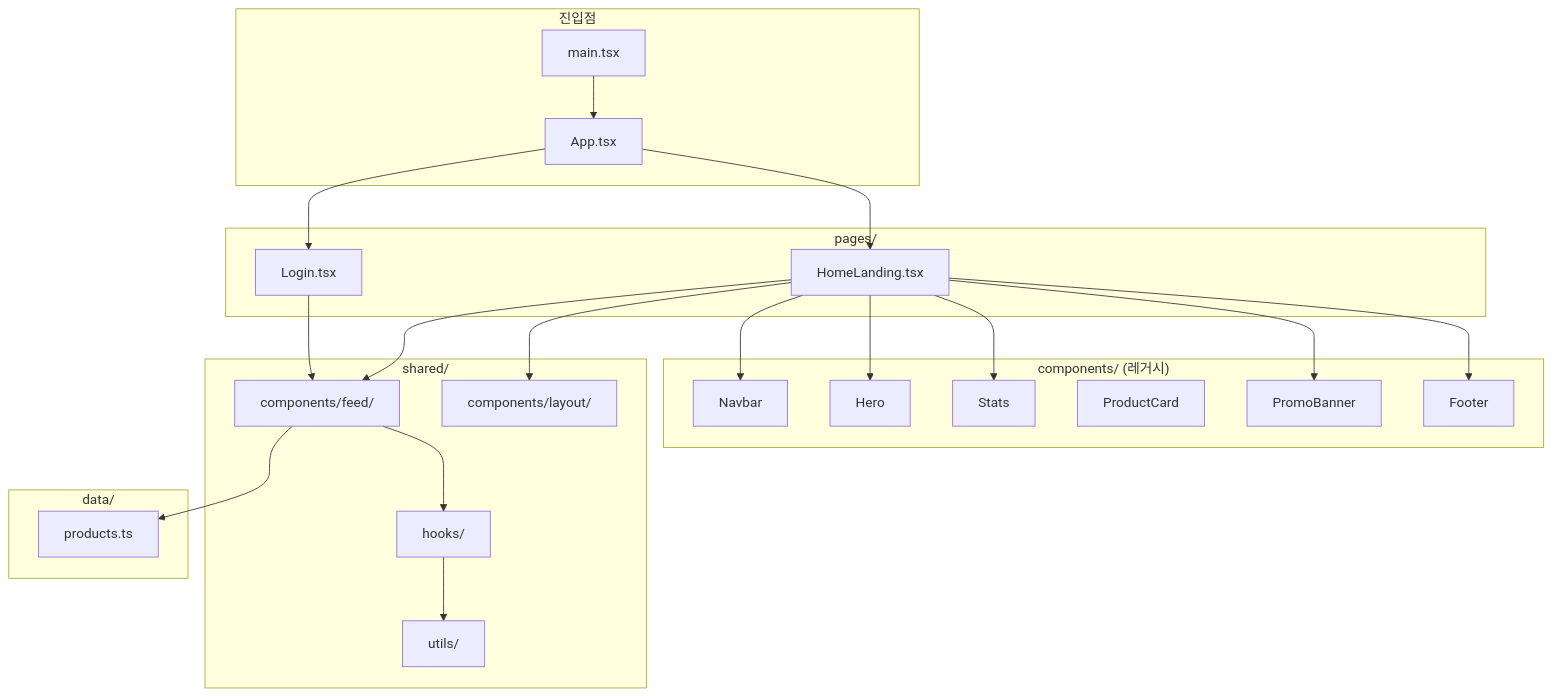
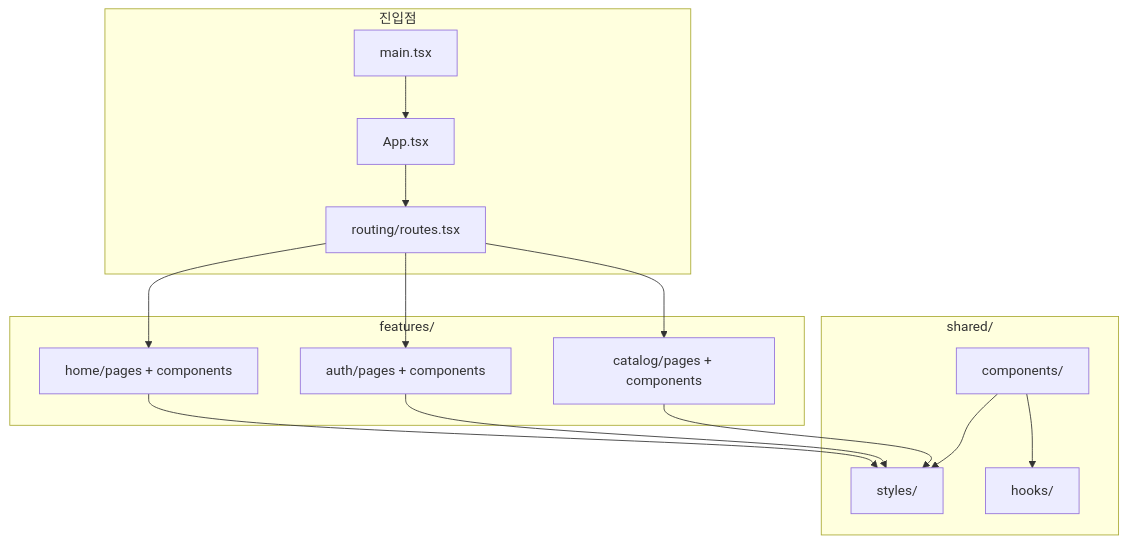
The second of 3 diagrams in README.md (zyansuh/bitdam), drawn with Mermaid before and after one commit. The commit also changed other lines of this file, not shown here.

First line of the commit message:
docs(readme): document catalog pages and Kakao login

````diff
--- a/README.md
+++ b/README.md
@@ -147,37 +180,26 @@
 ```mermaid
 flowchart TB
     subgraph Entry["진입점"]
         MAIN[main.tsx]
         APP[App.tsx]
+        ROUTES[routing/routes.tsx]
     end
-    subgraph Pages["pages/"]
-        HOME[HomeLanding.tsx]
-        LOGIN[Login.tsx]
-    end
-    subgraph Components["components/ (레거시)"]
-        NAV[Navbar]
-        HERO[Hero]
-        STATS[Stats]
-        CARD[ProductCard]
-        BANNER[PromoBanner]
-        FOOT[Footer]
+    subgraph Features["features/"]
+        HOME[home/pages + components]
+        AUTH[auth/pages + components]
+        CAT[catalog/pages + components]
     end
     subgraph Shared["shared/"]
+        STYLES[styles/]
         HOOKS[hooks/]
-        UTILS[utils/]
-        FEED[components/feed/]
-        LAYOUT[components/layout/]
-    end
-    subgraph Data["data/"]
-        PROD[products.ts]
+        COMP[components/]
     end
     MAIN --> APP
-    APP --> HOME
-    APP --> LOGIN
-    HOME --> NAV & HERO & STATS & FEED & BANNER & FOOT
-    LOGIN --> FEED
-    FEED --> HOOKS
-    FEED --> PROD
-    HOOKS --> UTILS
-    HOME --> LAYOUT
+    APP --> ROUTES
+    ROUTES --> HOME & AUTH & CAT
+    HOME --> STYLES
+    AUTH --> STYLES
+    CAT --> STYLES
+    COMP --> HOOKS
+    COMP --> STYLES
 ```
````
